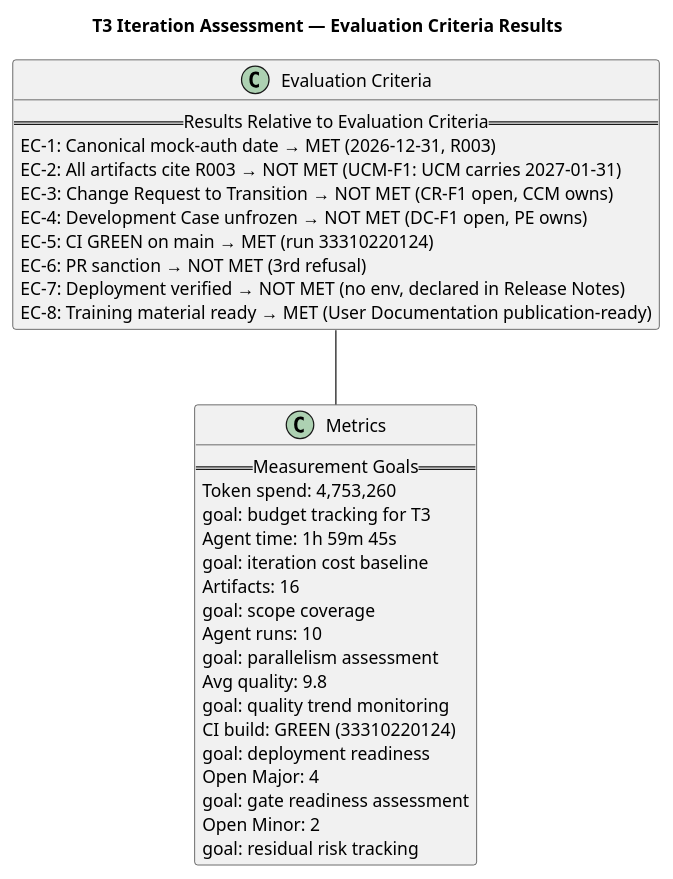
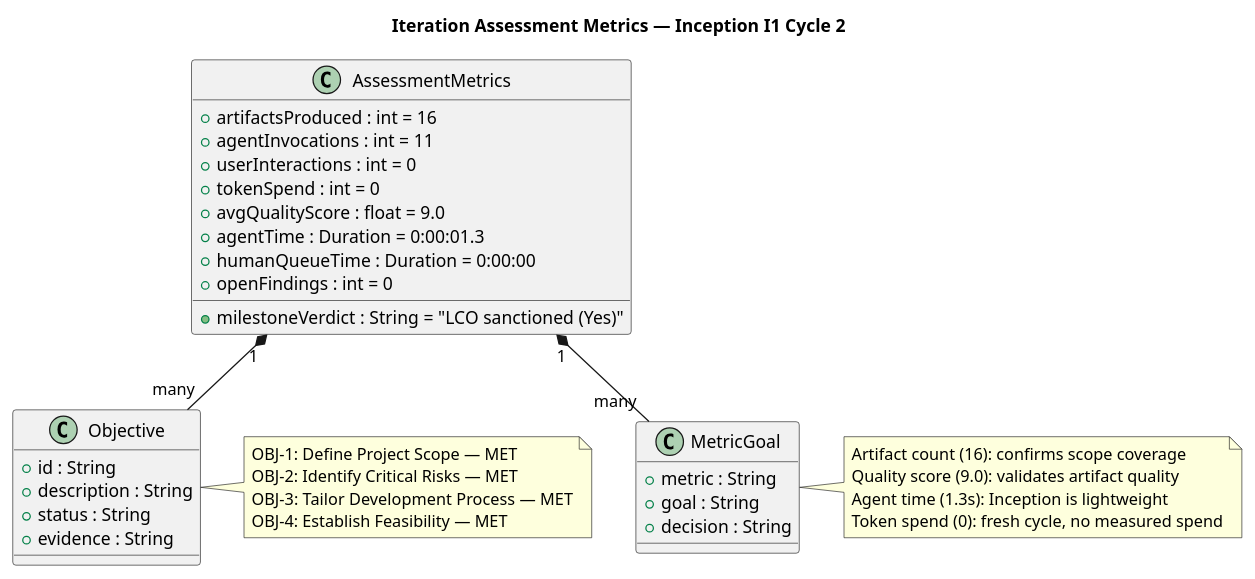
The third of 3 diagrams in docs/artifacts/project-management/iteration-assessment.md (banense-test/portal-cuba-corp), drawn with PlantUML before and after one commit. The commit also changed other lines of this file, not shown here.

First line of the commit message:
Project Manager [I1]: upsert Iteration Assessment

````diff
--- a/docs/artifacts/project-management/iteration-assessment.md
+++ b/docs/artifacts/project-management/iteration-assessment.md
@@ -107,38 +119,46 @@
 ```plantuml
 @startuml
-title T3 Iteration Assessment — Evaluation Criteria Results
-class "Evaluation Criteria" as EC {
-  == Results Relative to Evaluation Criteria ==
-  EC-1: Canonical mock-auth date → MET (2026-12-31, R003)
-  EC-2: All artifacts cite R003 → NOT MET (UCM-F1: UCM carries 2027-01-31)
-  EC-3: Change Request to Transition → NOT MET (CR-F1 open, CCM owns)
-  EC-4: Development Case unfrozen → NOT MET (DC-F1 open, PE owns)
-  EC-5: CI GREEN on main → MET (run 33310220124)
-  EC-6: PR sanction → NOT MET (3rd refusal)
-  EC-7: Deployment verified → NOT MET (no env, declared in Release Notes)
-  EC-8: Training material ready → MET (User Documentation publication-ready)
+title Iteration Assessment Metrics — Inception I1 Cycle 2
+class AssessmentMetrics {
+  + artifactsProduced : int = 16
+  + agentInvocations : int = 11
+  + userInteractions : int = 0
+  + tokenSpend : int = 0
+  + avgQualityScore : float = 9.0
+  + agentTime : Duration = 0:00:01.3
+  + humanQueueTime : Duration = 0:00:00
+  + milestoneVerdict : String = "LCO sanctioned (Yes)"
+  + openFindings : int = 0
 }
 
-class "Metrics" as M {
-  == Measurement Goals ==
-  Token spend: 4,753,260
-    goal: budget tracking for T3
-  Agent time: 1h 59m 45s
-    goal: iteration cost baseline
-  Artifacts: 16
-    goal: scope coverage
-  Agent runs: 10
-    goal: parallelism assessment
-  Avg quality: 9.8
-    goal: quality trend monitoring
-  CI build: GREEN (33310220124)
-    goal: deployment readiness
-  Open Major: 4
-    goal: gate readiness assessment
-  Open Minor: 2
-    goal: residual risk tracking
+class Objective {
+  + id : String
+  + description : String
+  + status : String
+  + evidence : String
 }
 
-EC -- M
+class MetricGoal {
+  + metric : String
+  + goal : String
+  + decision : String
+}
+
+AssessmentMetrics "1" *-- "many" Objective
+AssessmentMetrics "1" *-- "many" MetricGoal
+
+note right of Objective
+  OBJ-1: Define Project Scope — MET
+  OBJ-2: Identify Critical Risks — MET
+  OBJ-3: Tailor Development Process — MET
+  OBJ-4: Establish Feasibility — MET
+end note
+
+note right of MetricGoal
+  Artifact count (16): confirms scope coverage
+  Quality score (9.0): validates artifact quality
+  Agent time (1.3s): Inception is lightweight
+  Token spend (0): fresh cycle, no measured spend
+end note
 @enduml
 ```
````
